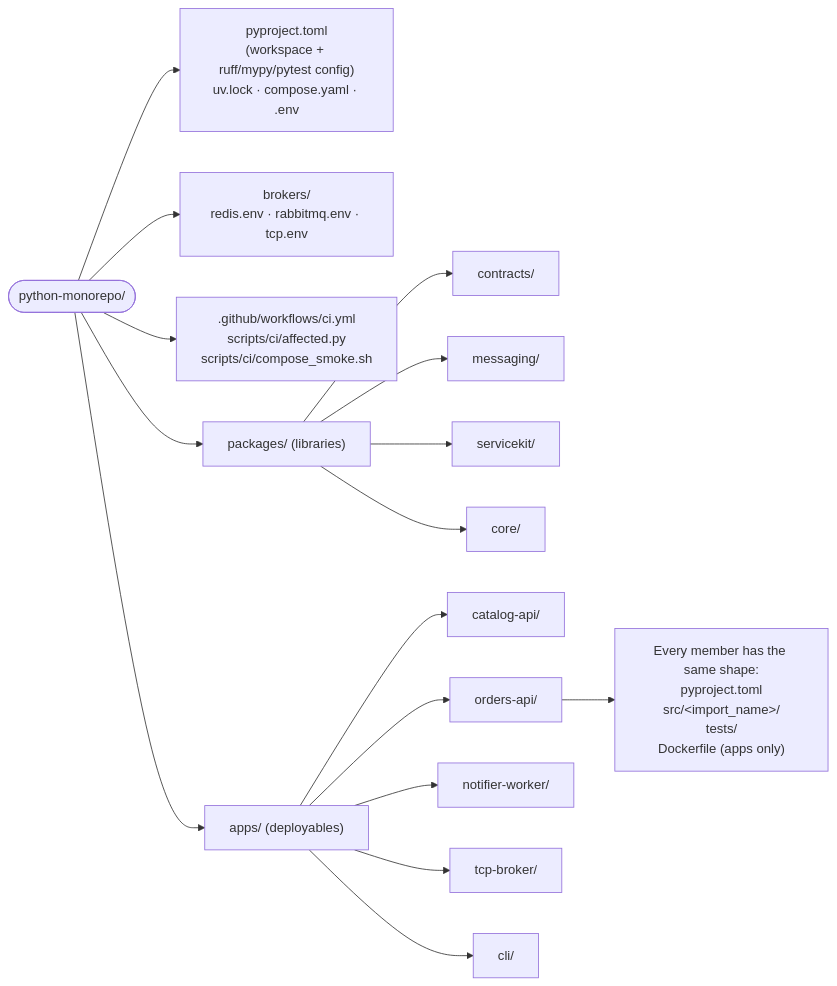
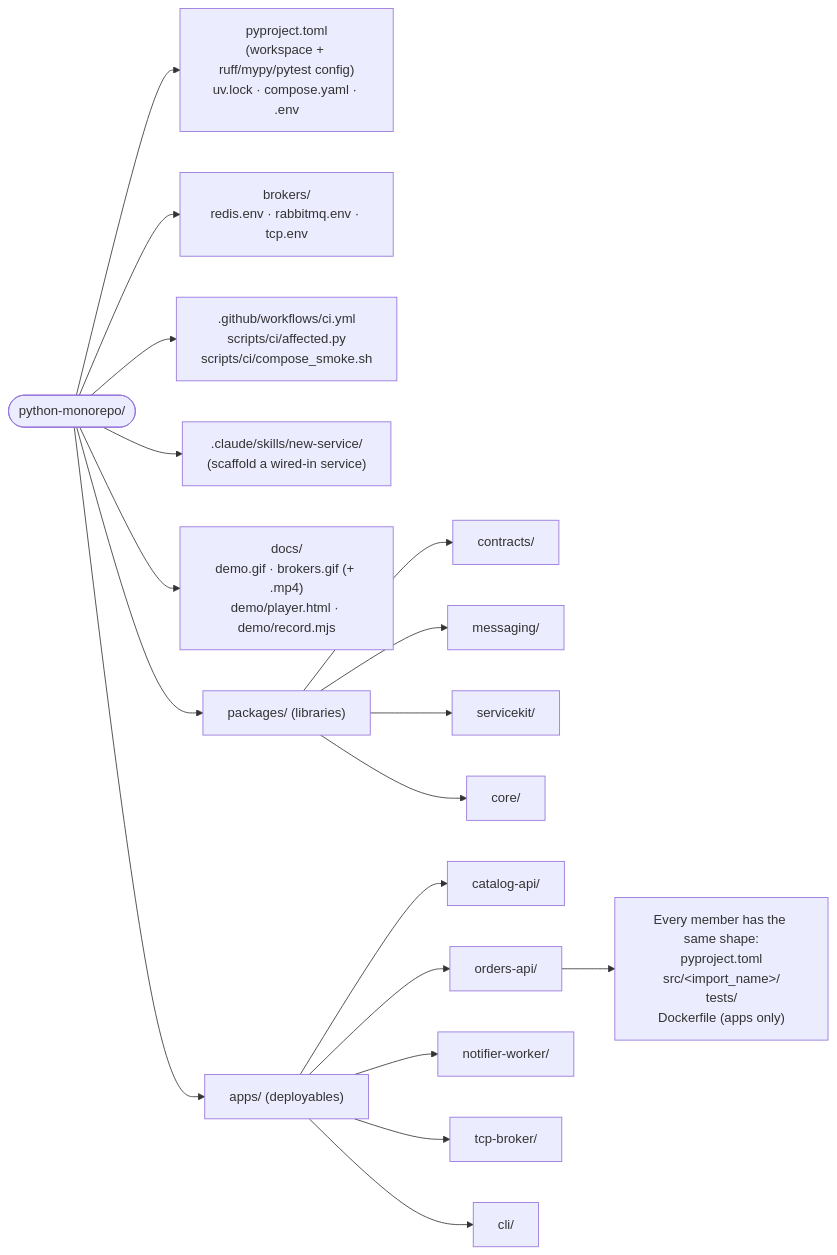
Before and after one commit to sovikroy/python-monorepo: the first of 12 diagrams in ARCHITECTURE.md, drawn with Mermaid. The commit also changed other lines of this file and 5 other files, not shown here.

First line of the commit message:
Update architecture docs and demo for the pluggable transport

````diff
--- a/ARCHITECTURE.md
+++ b/ARCHITECTURE.md
@@ -40,23 +40,25 @@
 ```mermaid
 flowchart LR
     root(["python-monorepo/"])
 
     root --> rootfiles["pyproject.toml<br/>(workspace + ruff/mypy/pytest config)<br/>uv.lock · compose.yaml · .env"]
     root --> brokers["brokers/<br/>redis.env · rabbitmq.env · tcp.env"]
     root --> ci[".github/workflows/ci.yml<br/>scripts/ci/affected.py<br/>scripts/ci/compose_smoke.sh"]
+    root --> tooling[".claude/skills/new-service/<br/>(scaffold a wired-in service)"]
+    root --> docs["docs/<br/>demo.gif · brokers.gif (+ .mp4)<br/>demo/player.html · demo/record.mjs"]
     root --> pkgs["packages/ (libraries)"]
     root --> apps["apps/ (deployables)"]
 
     pkgs --> contracts["contracts/"]
     pkgs --> messaging["messaging/"]
     pkgs --> servicekit["servicekit/"]
     pkgs --> core["core/"]
 
     apps --> catalog["catalog-api/"]
     apps --> orders["orders-api/"]
     apps --> notifier["notifier-worker/"]
     apps --> tcpb["tcp-broker/"]
     apps --> cli["cli/"]
 
     orders --> member["Every member has the same shape:<br/>pyproject.toml<br/>src/&lt;import_name&gt;/<br/>tests/<br/>Dockerfile (apps only)"]
 ```
````
